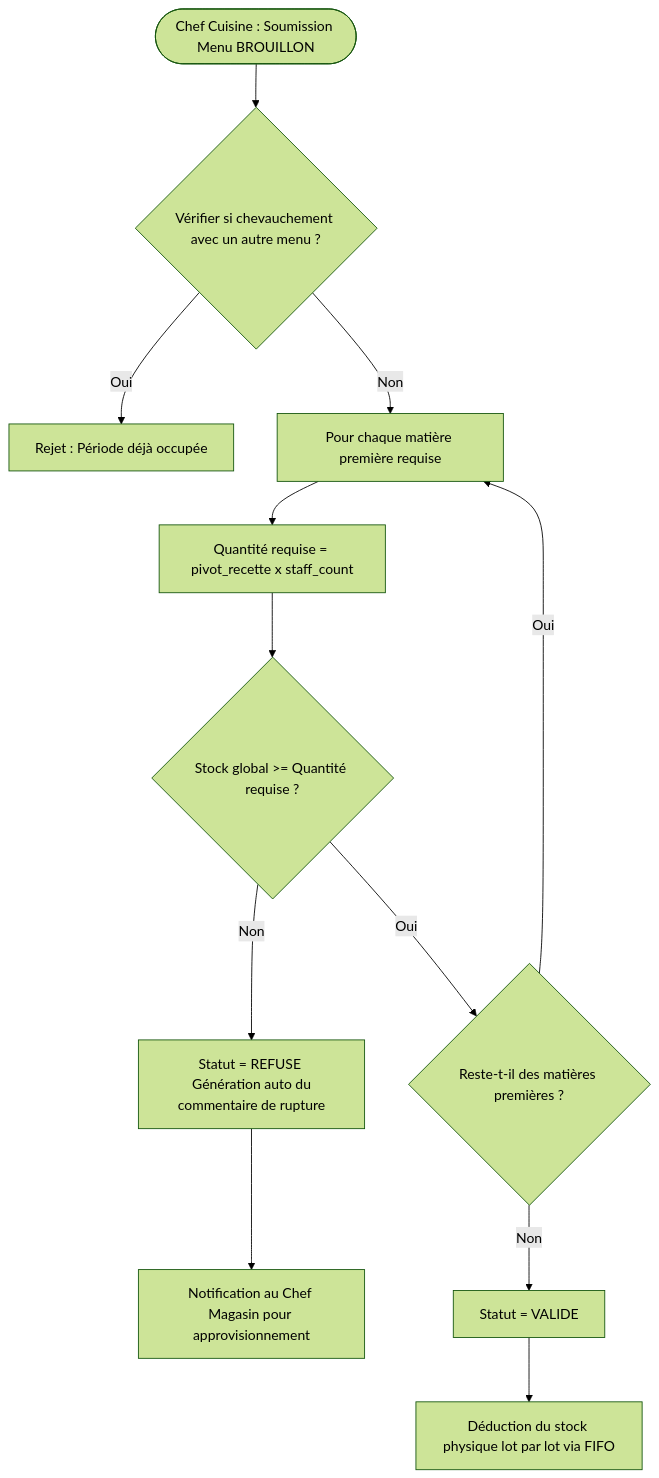
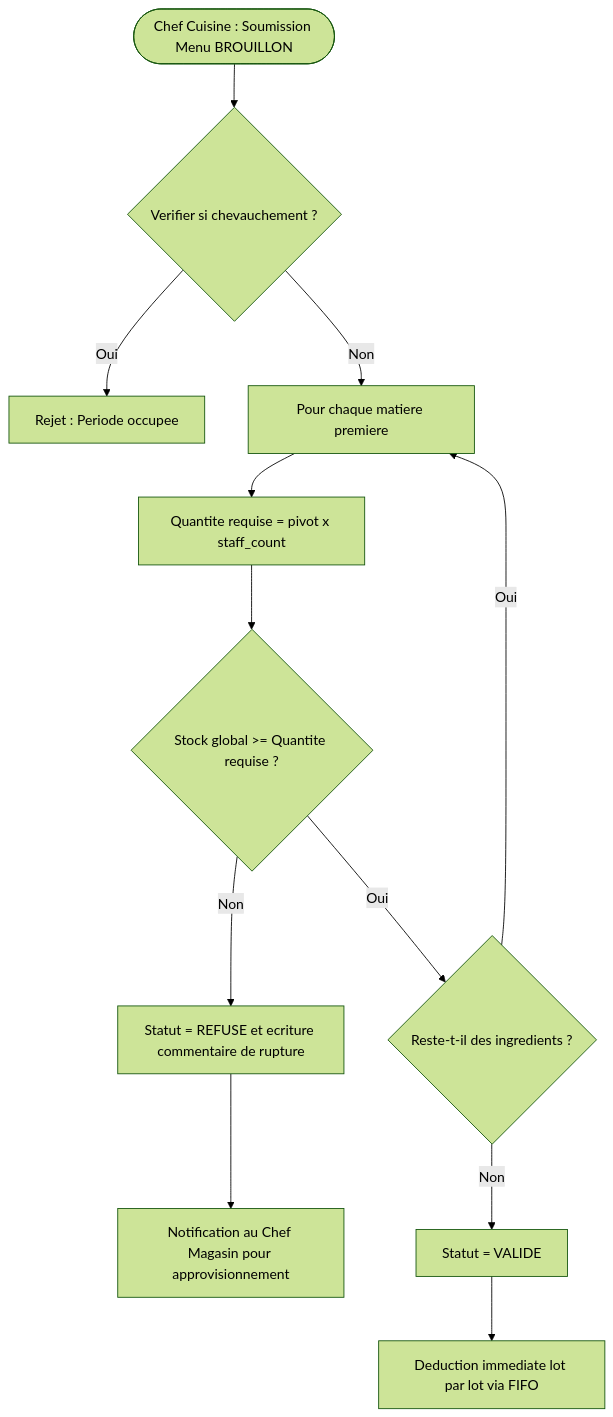
Before and after one commit to Xoner1/AeroServe: the fourth of 6 diagrams in docs/RAPPORT_TECHNIQUE.md, drawn with Mermaid (forest theme). The commit also changed other lines of this file and 46 other files, not shown here.

````diff
--- a/docs/RAPPORT_TECHNIQUE.md
+++ b/docs/RAPPORT_TECHNIQUE.md
@@ -473,17 +373,17 @@
 ```mermaid
 flowchart TD
-  Start([Chef Cuisine : Soumission Menu BROUILLON]) --> CheckDate{Vérifier si chevauchement avec un autre menu ?}
-  CheckDate -->|Oui| ErrOverlap[Rejet : Période déjà occupée]
-  CheckDate -->|Non| LoopIngredients[Pour chaque matière première requise]
+  Start([Chef Cuisine : Soumission Menu BROUILLON]) --> CheckDate{Verifier si chevauchement ?}
+  CheckDate -->|Oui| ErrOverlap[Rejet : Periode occupee]
+  CheckDate -->|Non| LoopIngredients[Pour chaque matiere premiere]
   
-  LoopIngredients --> Multiply[Quantité requise = pivot_recette x staff_count]
-  Multiply --> CompareStock{Stock global >= Quantité requise ?}
+  LoopIngredients --> Multiply[Quantite requise = pivot x staff_count]
+  Multiply --> CompareStock{Stock global >= Quantite requise ?}
   
-  CompareStock -->|Non| RefuseMenu[Statut = REFUSE <br/> Génération auto du commentaire de rupture]
+  CompareStock -->|Non| RefuseMenu[Statut = REFUSE et ecriture commentaire de rupture]
   RefuseMenu --> NotifyMagasin[Notification au Chef Magasin pour approvisionnement]
   
-  CompareStock -->|Oui| CheckNext{Reste-t-il des matières premières ?}
+  CompareStock -->|Oui| CheckNext{Reste-t-il des ingredients ?}
   CheckNext -->|Oui| LoopIngredients
   CheckNext -->|Non| ApproveMenu[Statut = VALIDE]
-  ApproveMenu --> DeductFIFO[Déduction du stock physique lot par lot via FIFO]
+  ApproveMenu --> DeductFIFO[Deduction immediate lot par lot via FIFO]
 ```
````
